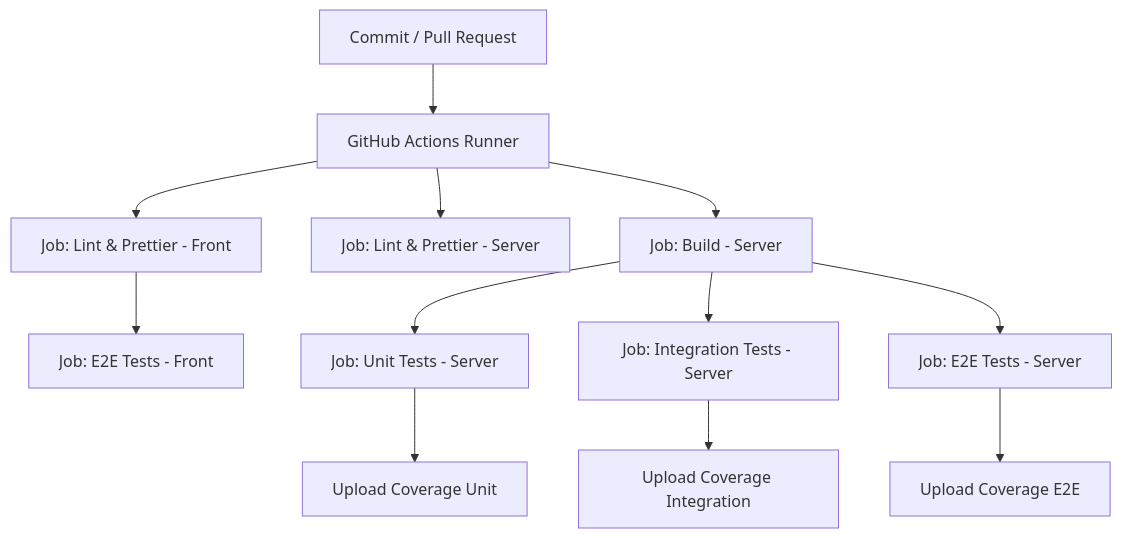
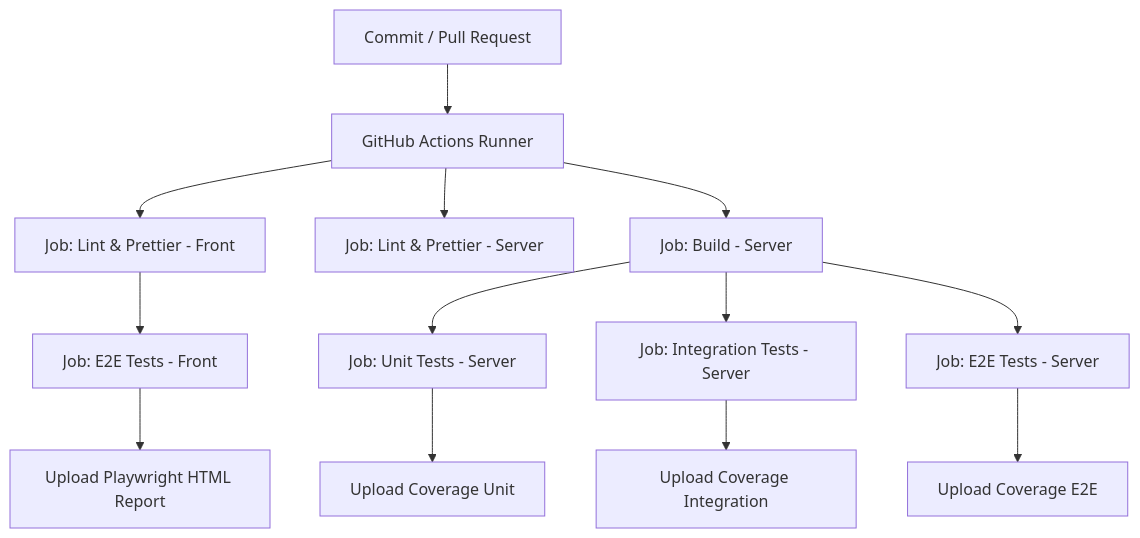
One commit to arleysouza/e2e-front-test changed the diagram in README.md. Above: the diagram before and after it, drawn with Mermaid. The commit also changed 1 other file, not shown here.

Commit message:
Testes e2e front

````diff
--- a/README.md
+++ b/README.md
@@ -243,20 +243,21 @@
 ```mermaid
 flowchart TD
     A[Commit / Pull Request] --> B[GitHub Actions Runner]
 
     %% Frontend
     B --> C[Job: Lint & Prettier - Front]
     C --> D[Job: E2E Tests - Front]
 
     %% Backend
     B --> E[Job: Lint & Prettier - Server]
     B --> F[Job: Build - Server]
     F --> G[Job: Unit Tests - Server]
     F --> H[Job: Integration Tests - Server]
     F --> I[Job: E2E Tests - Server]
 
     %% Coverage uploads
     G --> J[Upload Coverage Unit]
     H --> K[Upload Coverage Integration]
     I --> L[Upload Coverage E2E]
+    D --> M[Upload Playwright HTML Report]
 ```
````
